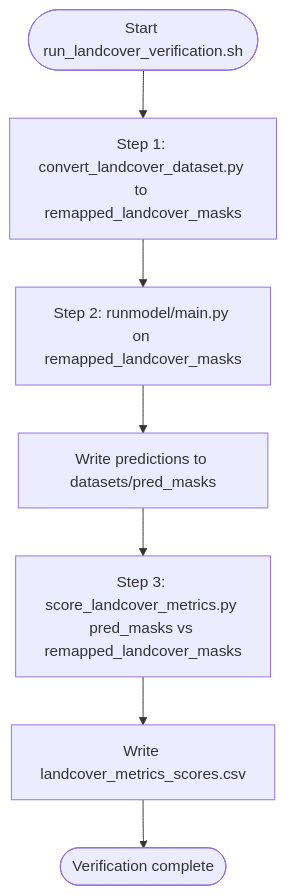
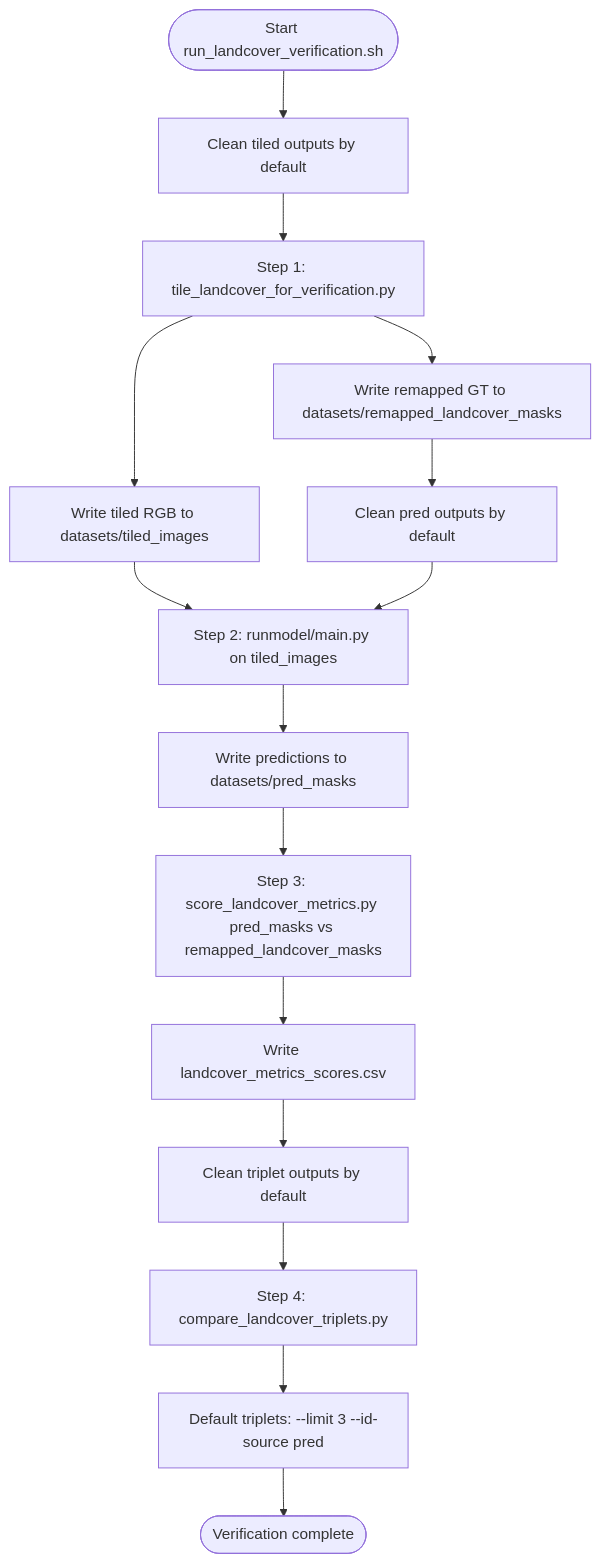
The fifth of 5 diagrams in flowcharts.md (YawNimo/ndvi-guided-rgb-segmentation), drawn with Mermaid before and after one commit. The commit also changed 2 other files, not shown here.

Commit message:
update model running

````diff
--- a/flowcharts.md
+++ b/flowcharts.md
@@ -87,9 +87,17 @@
 ```mermaid
 flowchart TD
-    A([Start run_landcover_verification.sh]) --> D[Step 1: convert_landcover_dataset.py to remapped_landcover_masks]
-    D --> F[Step 2: runmodel/main.py on remapped_landcover_masks]
+    A([Start run_landcover_verification.sh]) --> C0[Clean tiled outputs by default]
+    C0 --> D[Step 1: tile_landcover_for_verification.py]
+    D --> D1[Write tiled RGB to datasets/tiled_images]
+    D --> D2[Write remapped GT to datasets/remapped_landcover_masks]
+    D2 --> C1[Clean pred outputs by default]
+    D1 --> F[Step 2: runmodel/main.py on tiled_images]
+    C1 --> F
     F --> G[Write predictions to datasets/pred_masks]
     G --> J[Step 3: score_landcover_metrics.py pred_masks vs remapped_landcover_masks]
     J --> K[Write landcover_metrics_scores.csv]
-    K --> M([Verification complete])
+    K --> C2[Clean triplet outputs by default]
+    C2 --> L[Step 4: compare_landcover_triplets.py]
+    L --> L1[Default triplets: --limit 3 --id-source pred]
+    L1 --> M([Verification complete])
 ```
````
